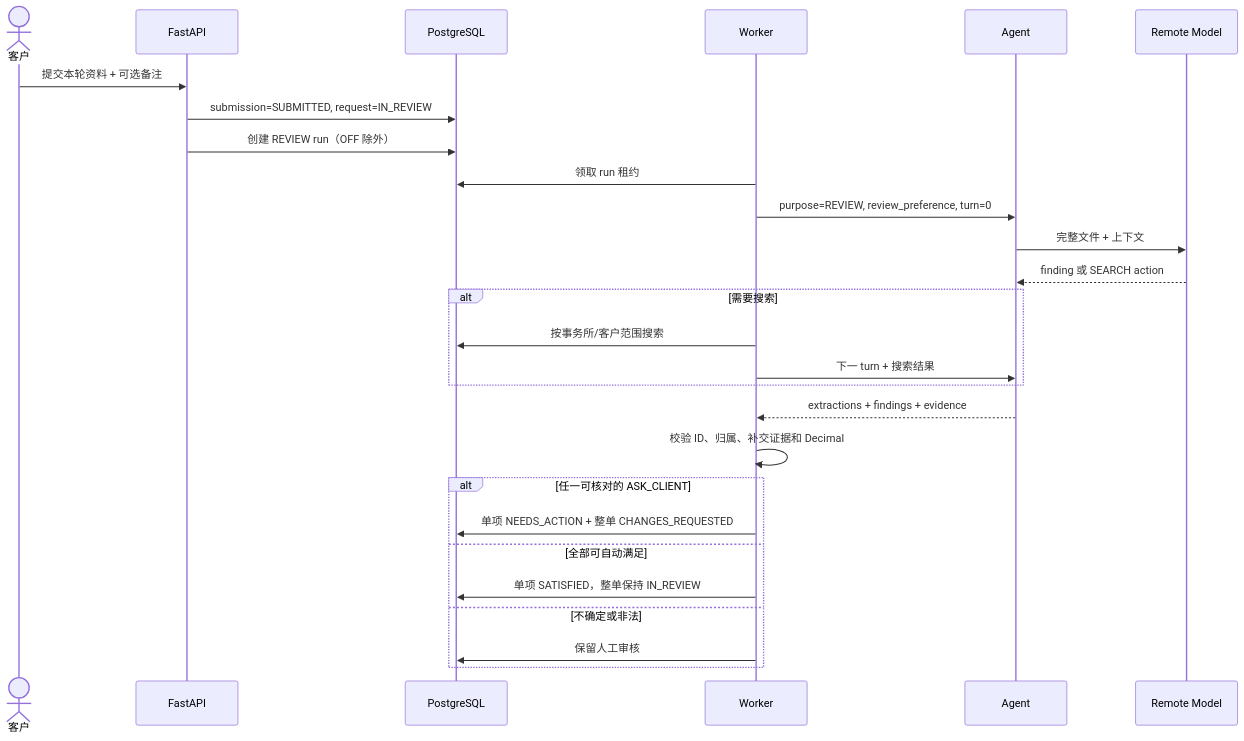
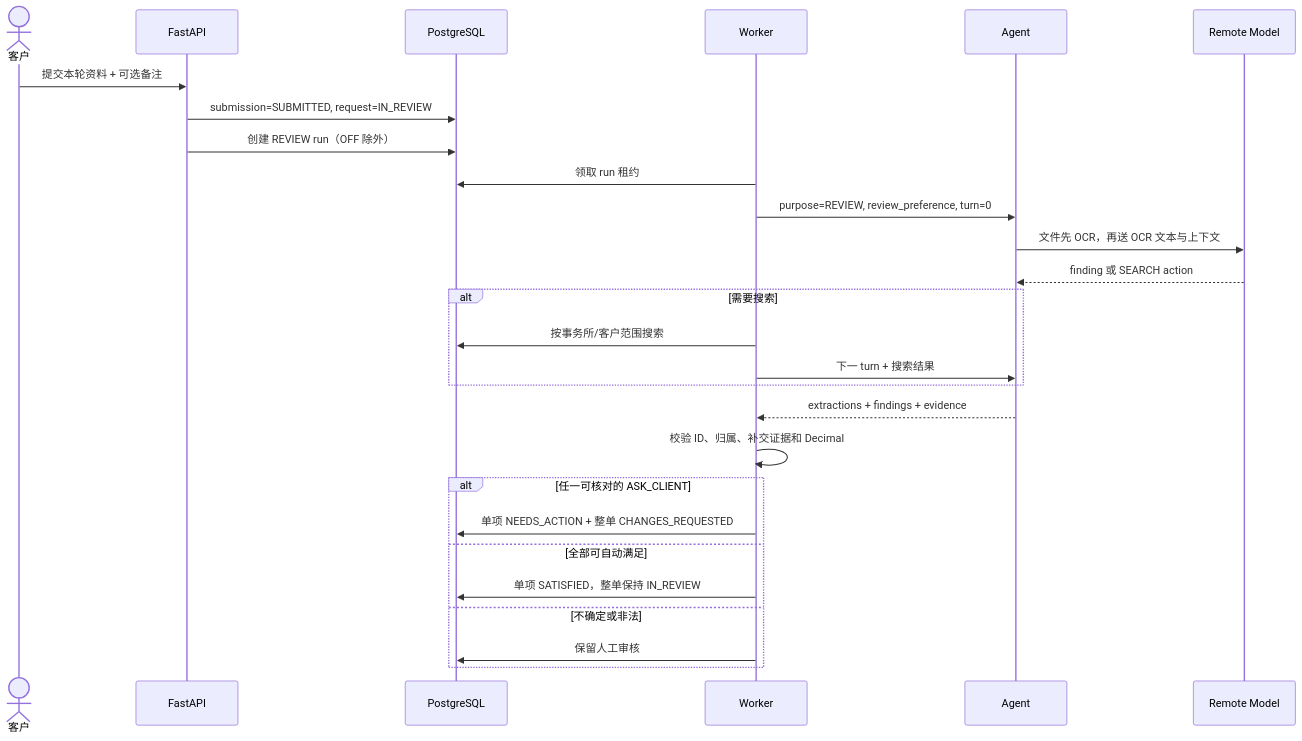
Before and after one commit to multi-mind-nus/acc-system-docs: the fourth of 7 diagrams in README_系统设计说明书.md, drawn with Mermaid. The commit also changed other lines of this file and 3 other files, not shown here.

````diff
--- a/README_系统设计说明书.md
+++ b/README_系统设计说明书.md
@@ -339,30 +339,30 @@
 ```mermaid
 sequenceDiagram
     actor Client as 客户
     participant API as FastAPI
     participant DB as PostgreSQL
     participant Worker as Worker
     participant Agent as Agent
     participant Model as Remote Model
 
     Client->>API: 提交本轮资料 + 可选备注
     API->>DB: submission=SUBMITTED, request=IN_REVIEW
     API->>DB: 创建 REVIEW run（OFF 除外）
     Worker->>DB: 领取 run 租约
     Worker->>Agent: purpose=REVIEW, review_preference, turn=0
-    Agent->>Model: 完整文件 + 上下文
+    Agent->>Model: 文件先 OCR，再送 OCR 文本与上下文
     Model-->>Agent: finding 或 SEARCH action
     alt 需要搜索
         Worker->>DB: 按事务所/客户范围搜索
         Worker->>Agent: 下一 turn + 搜索结果
     end
     Agent-->>Worker: extractions + findings + evidence
     Worker->>Worker: 校验 ID、归属、补交证据和 Decimal
     alt 任一可核对的 ASK_CLIENT
         Worker->>DB: 单项 NEEDS_ACTION + 整单 CHANGES_REQUESTED
     else 全部可自动满足
         Worker->>DB: 单项 SATISFIED，整单保持 IN_REVIEW
     else 不确定或非法
         Worker->>DB: 保留人工审核
     end
 ```
````
